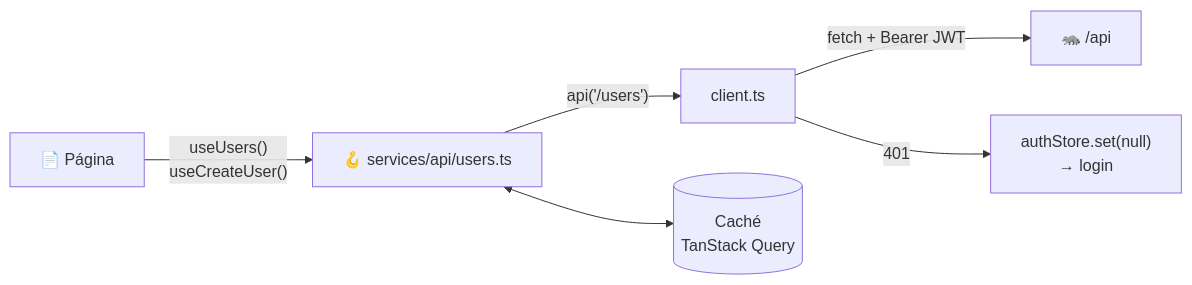
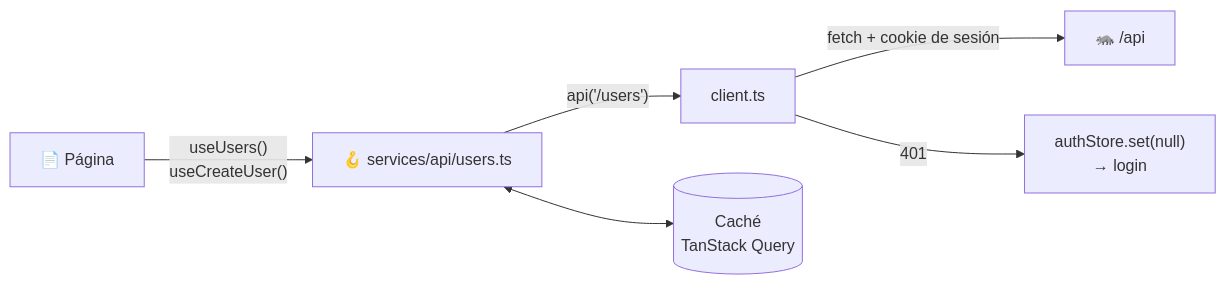
Before and after one commit to stevengazo/Wan-Web: the first of 2 diagrams in docs/datos.md, drawn with Mermaid. The commit also changed other lines of this file and 11 other files, not shown here.

First line of the commit message:
Sesión en cookie HttpOnly: el panel ya no guarda el JWT

````diff
--- a/docs/datos.md
+++ b/docs/datos.md
@@ -5,8 +5,8 @@
 ```mermaid
 flowchart LR
     P["📄 Página"] -- "useUsers()<br/>useCreateUser()" --> H["🪝 services/api/users.ts"]
     H -- "api('/users')" --> C["client.ts"]
-    C -- "fetch + Bearer JWT" --> API["🦝 /api"]
+    C -- "fetch + cookie de sesión" --> API["🦝 /api"]
     C -- "401" --> S["authStore.set(null)<br/>→ login"]
     H <--> Q[("Caché<br/>TanStack Query")]
 ```
````
